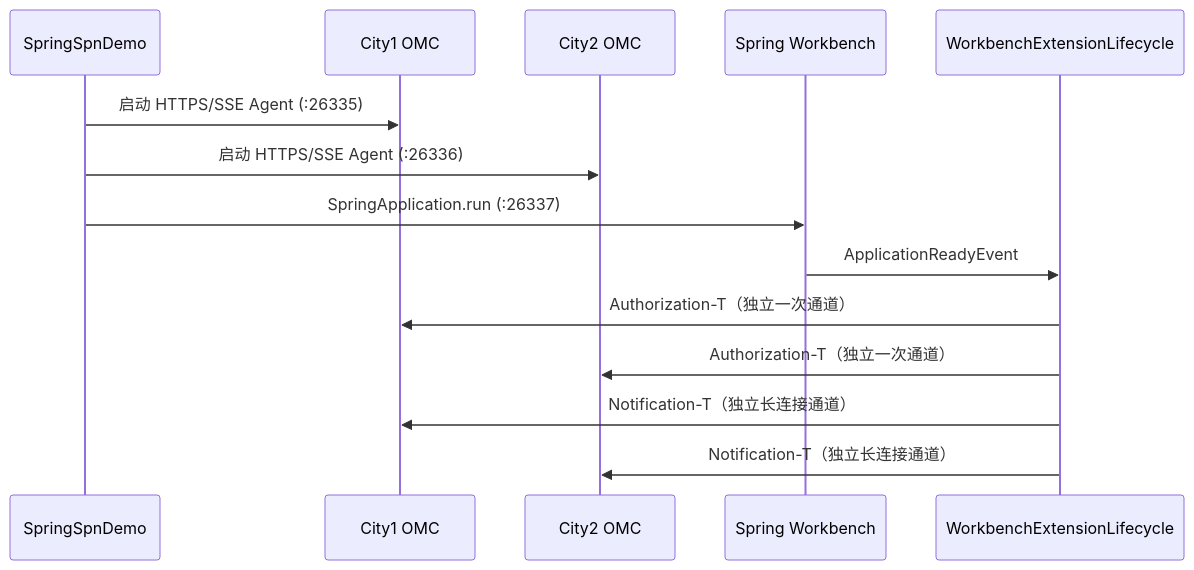
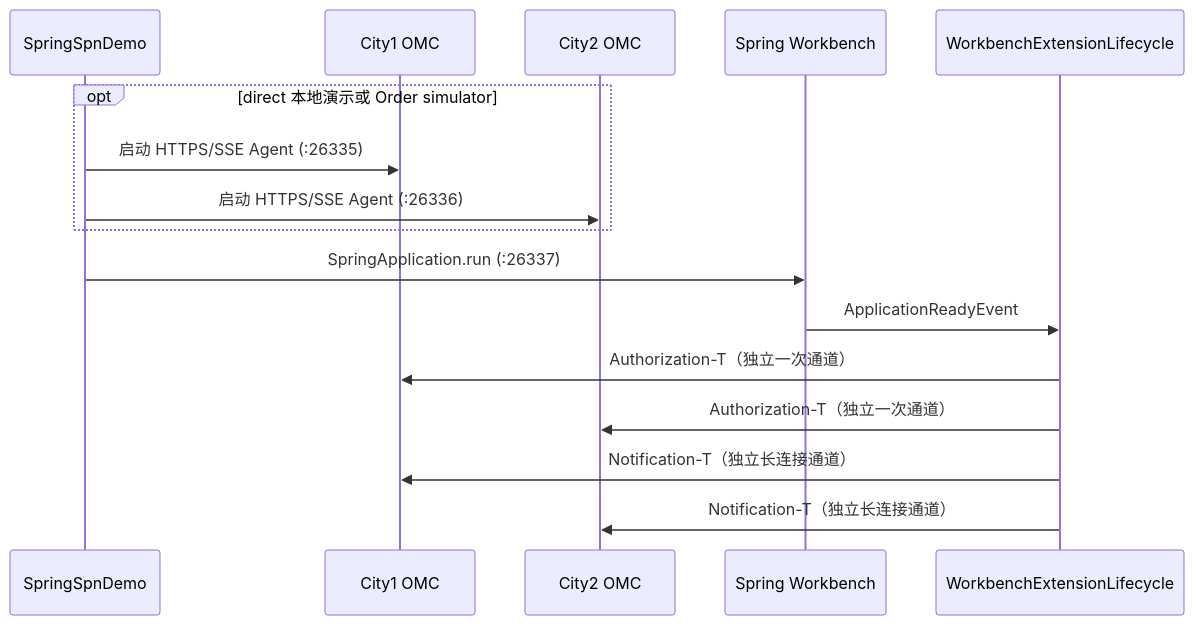
Before and after one commit to Zhoujie628/workflow-engine-sdk-java: the first of 2 diagrams in docs/zh/SpringSpnDemo调用链路.md, drawn with Mermaid. The commit also changed other lines of this file and 2 other files, not shown here.

````diff
--- a/docs/zh/SpringSpnDemo调用链路.md
+++ b/docs/zh/SpringSpnDemo调用链路.md
@@ -19,17 +19,19 @@
 ```mermaid
 sequenceDiagram
     participant Demo as SpringSpnDemo
     participant OMC1 as City1 OMC
     participant OMC2 as City2 OMC
     participant WB as Spring Workbench
     participant Ext as WorkbenchExtensionLifecycle
 
-    Demo->>OMC1: 启动 HTTPS/SSE Agent (:26335)
-    Demo->>OMC2: 启动 HTTPS/SSE Agent (:26336)
+    opt direct 本地演示或 Order simulator
+        Demo->>OMC1: 启动 HTTPS/SSE Agent (:26335)
+        Demo->>OMC2: 启动 HTTPS/SSE Agent (:26336)
+    end
     Demo->>WB: SpringApplication.run (:26337)
     WB->>Ext: ApplicationReadyEvent
     Ext->>OMC1: Authorization-T（独立一次通道）
     Ext->>OMC2: Authorization-T（独立一次通道）
     Ext->>OMC1: Notification-T（独立长连接通道）
     Ext->>OMC2: Notification-T（独立长连接通道）
 ```
````
